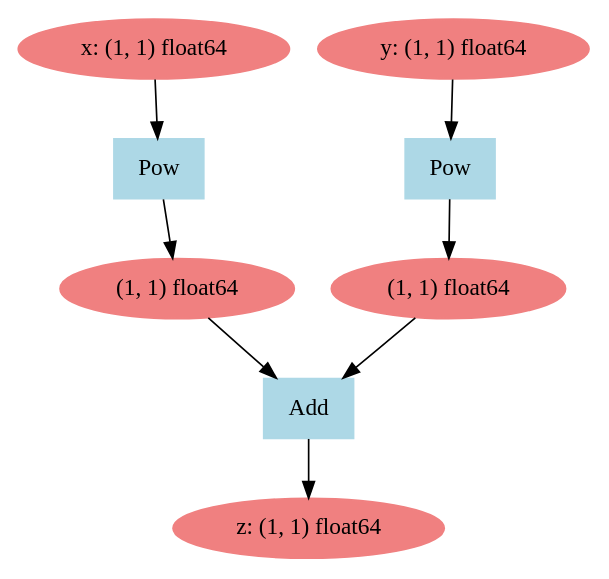
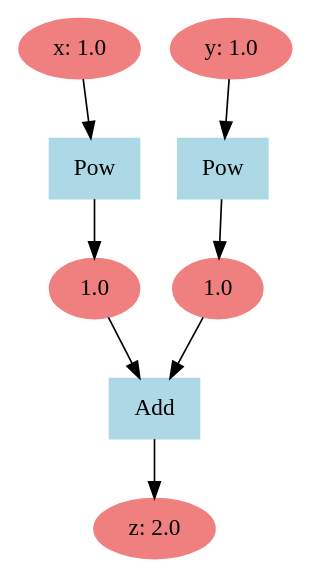
The diagram in LearnTorch_ALL/TeachImage/CGMap/sphere.dot (ZeweiLi999/Large_Model_From_None), drawn with Graphviz before and after one commit. The commit also changed 14 other files, not shown here.

Commit message:
1.可视化计算图优化；2.添加梯度下降优化法TestRosenblock文件；3.添加函数求sin导数和泰勒展开求sin导数，Functions文件和TestSinCos文件

```diff
--- a/LearnTorch_ALL/TeachImage/CGMap/sphere.dot
+++ b/LearnTorch_ALL/TeachImage/CGMap/sphere.dot
@@ -1,17 +1,17 @@
 digraph g {
-2117961354640 [label="z: (1, 1) float64", color=lightcoral, style=filled]
-2117961353440 [label ="Add", color=lightblue, style=filled, shape=box]
-2117960449520 -> 2117961353440
-2117961353680 -> 2117961353440
-2117961353440 -> 2117961354640
-2117960449520 [label="(1, 1) float64", color=lightcoral, style=filled]
-2117961353680 [label="(1, 1) float64", color=lightcoral, style=filled]
-2117960446304 [label ="Pow", color=lightblue, style=filled, shape=box]
-2117922324336 -> 2117960446304
-2117960446304 -> 2117961353680
-2117922324336 [label="y: (1, 1) float64", color=lightcoral, style=filled]
-2117922324288 [label ="Pow", color=lightblue, style=filled, shape=box]
-2117922324384 -> 2117922324288
-2117922324288 -> 2117960449520
-2117922324384 [label="x: (1, 1) float64", color=lightcoral, style=filled]
+1958102682688 [label="z: 2.0", color=lightcoral, style=filled]
+1958102682496 [label ="Add", color=lightblue, style=filled, shape=box]
+1958102682352 -> 1958102682496
+1958102682544 -> 1958102682496
+1958102682496 -> 1958102682688
+1958102682352 [label="1.0", color=lightcoral, style=filled]
+1958102682544 [label="1.0", color=lightcoral, style=filled]
+1958102682304 [label ="Pow", color=lightblue, style=filled, shape=box]
+1958063713584 -> 1958102682304
+1958102682304 -> 1958102682544
+1958063713584 [label="y: 1.0", color=lightcoral, style=filled]
+1958063713488 [label ="Pow", color=lightblue, style=filled, shape=box]
+1958063713632 -> 1958063713488
+1958063713488 -> 1958102682352
+1958063713632 [label="x: 1.0", color=lightcoral, style=filled]
 }
```
